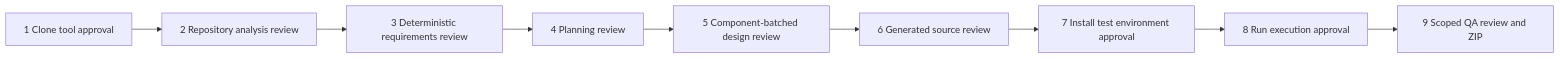
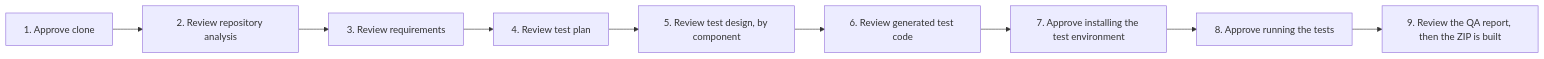
One commit to sarveshtalele/maf-harness-testing changed the second of 2 diagrams in README.md. Above: the diagram before and after it, drawn with Mermaid. The commit also changed other lines of this file, not shown here.

First line of the commit message:
docs(main): user README: install the desktop app from Releases and use it

````diff
--- a/README.md
+++ b/README.md
@@ -33,11 +108,11 @@
 ```mermaid
 flowchart LR
-  G1["1 Clone tool approval"] --> G2["2 Repository analysis review"]
-  G2 --> G3["3 Deterministic requirements review"]
-  G3 --> G4["4 Planning review"]
-  G4 --> G5["5 Component-batched design review"]
-  G5 --> G6["6 Generated source review"]
-  G6 --> G7["7 Install test environment approval"]
-  G7 --> G8["8 Run execution approval"]
-  G8 --> G9["9 Scoped QA review and ZIP"]
+  G1["1. Approve clone"] --> G2["2. Review repository analysis"]
+  G2 --> G3["3. Review requirements"]
+  G3 --> G4["4. Review test plan"]
+  G4 --> G5["5. Review test design, by component"]
+  G5 --> G6["6. Review generated test code"]
+  G6 --> G7["7. Approve installing the test environment"]
+  G7 --> G8["8. Approve running the tests"]
+  G8 --> G9["9. Review the QA report, then the ZIP is built"]
 ```
````
